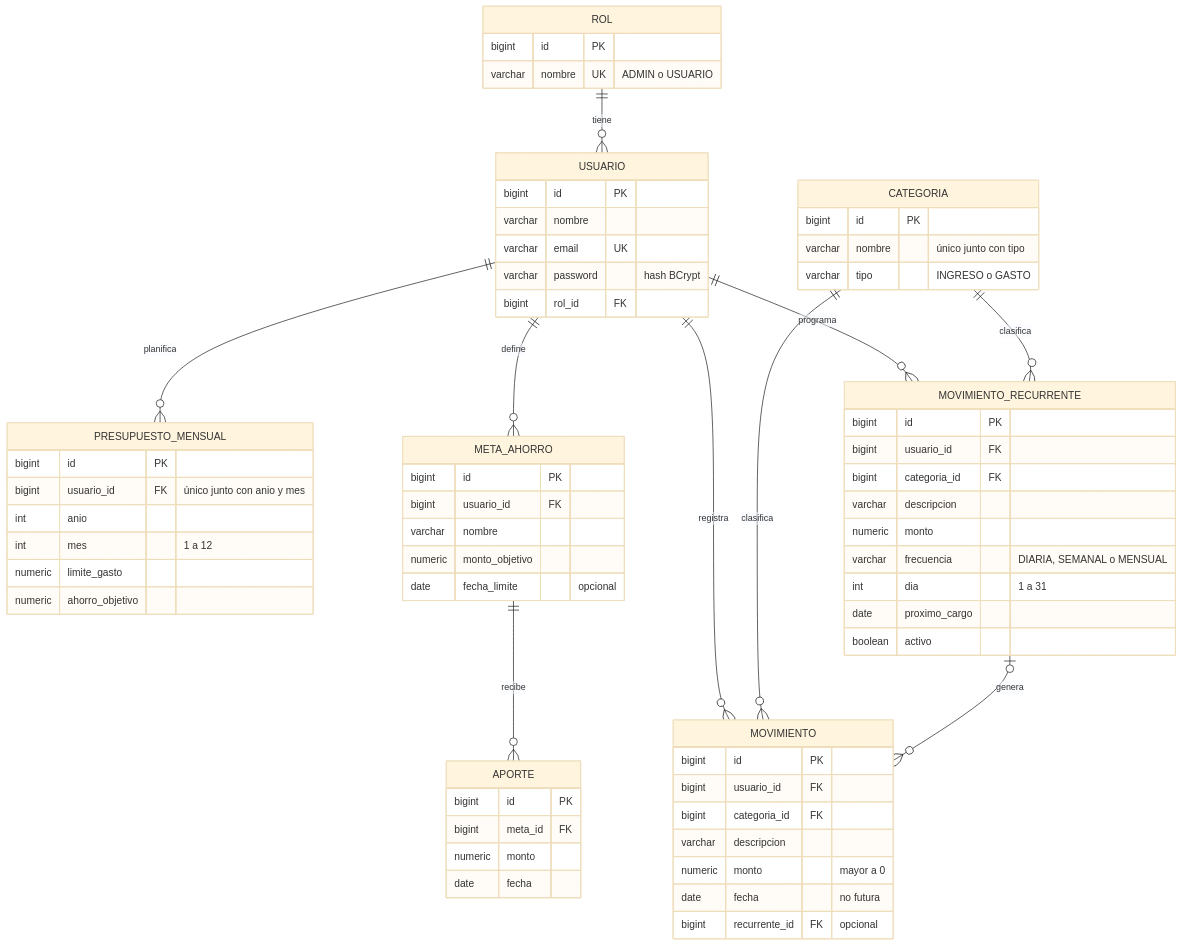
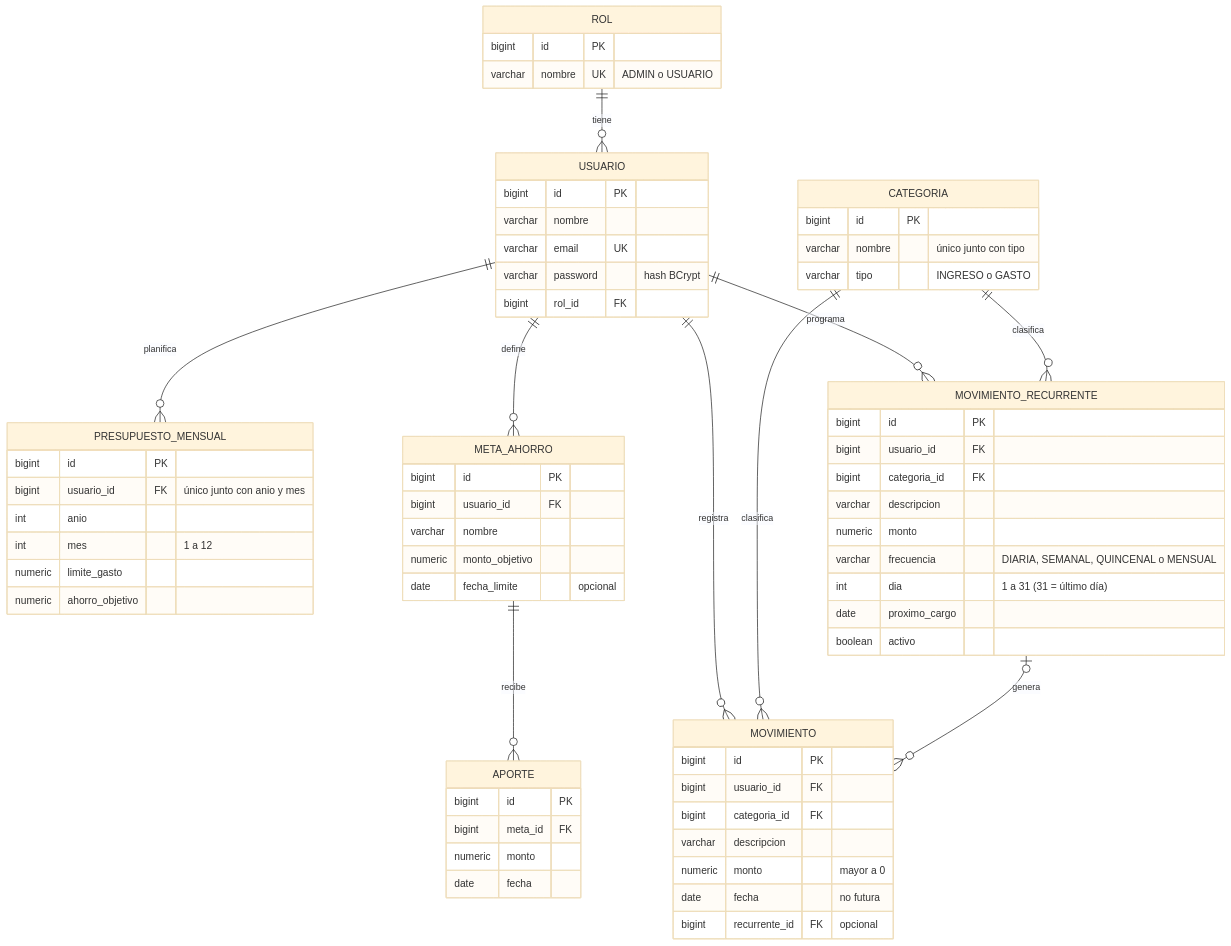
The fourth of 4 diagrams in README.md (DiegoPorrasZela/GAMS-Finanzas-backend), drawn with Mermaid (base theme) before and after one commit. The commit also changed other lines of this file, not shown here.

Commit message:
README: frecuencia quincenal, último día del mes y programación a futuro

````diff
--- a/README.md
+++ b/README.md
@@ -115,70 +117,70 @@
 ```mermaid
 erDiagram
     ROL ||--o{ USUARIO : "tiene"
     USUARIO ||--o{ MOVIMIENTO : "registra"
     CATEGORIA ||--o{ MOVIMIENTO : "clasifica"
     USUARIO ||--o{ PRESUPUESTO_MENSUAL : "planifica"
     USUARIO ||--o{ META_AHORRO : "define"
     META_AHORRO ||--o{ APORTE : "recibe"
     USUARIO ||--o{ MOVIMIENTO_RECURRENTE : "programa"
     CATEGORIA ||--o{ MOVIMIENTO_RECURRENTE : "clasifica"
     MOVIMIENTO_RECURRENTE |o--o{ MOVIMIENTO : "genera"
 
     ROL {
         bigint id PK
         varchar nombre UK "ADMIN o USUARIO"
     }
     USUARIO {
         bigint id PK
         varchar nombre
         varchar email UK
         varchar password "hash BCrypt"
         bigint rol_id FK
     }
     CATEGORIA {
         bigint id PK
         varchar nombre "único junto con tipo"
         varchar tipo "INGRESO o GASTO"
     }
     MOVIMIENTO {
         bigint id PK
         bigint usuario_id FK
         bigint categoria_id FK
         varchar descripcion
         numeric monto "mayor a 0"
         date fecha "no futura"
         bigint recurrente_id FK "opcional"
     }
     MOVIMIENTO_RECURRENTE {
         bigint id PK
         bigint usuario_id FK
         bigint categoria_id FK
         varchar descripcion
         numeric monto
-        varchar frecuencia "DIARIA, SEMANAL o MENSUAL"
-        int dia "1 a 31"
+        varchar frecuencia "DIARIA, SEMANAL, QUINCENAL o MENSUAL"
+        int dia "1 a 31 (31 = último día)"
         date proximo_cargo
         boolean activo
     }
     PRESUPUESTO_MENSUAL {
         bigint id PK
         bigint usuario_id FK "único junto con anio y mes"
         int anio
         int mes "1 a 12"
         numeric limite_gasto
         numeric ahorro_objetivo
     }
     META_AHORRO {
         bigint id PK
         bigint usuario_id FK
         varchar nombre
         numeric monto_objetivo
         date fecha_limite "opcional"
     }
     APORTE {
         bigint id PK
         bigint meta_id FK
         numeric monto
         date fecha
     }
 ```
````
